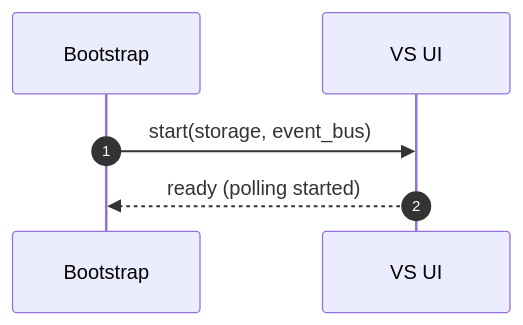
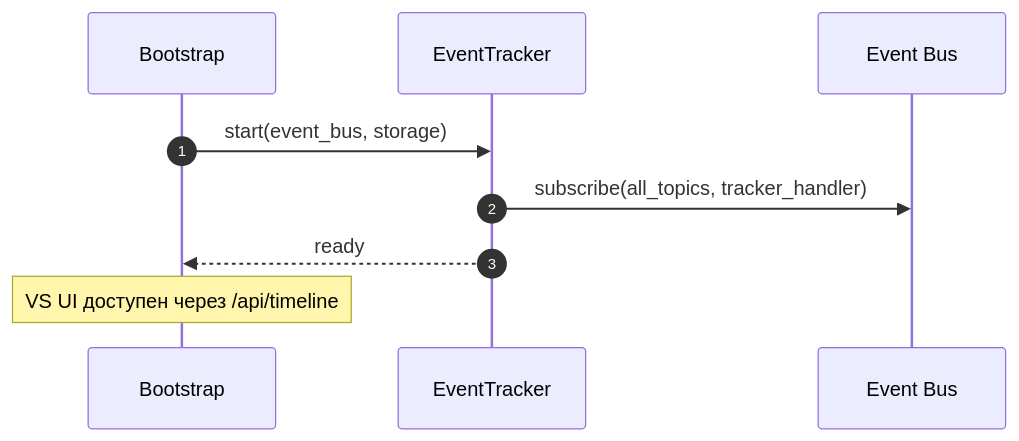
One commit to Dieugene/team-assistant changed diagram 11 of 15 in 00_docs/architecture/runtime_architecture.md. Above: the diagram before and after it, drawn with Mermaid. The commit also changed other lines of this file, not shown here.

First line of the commit message:
Update runtime architecture

````diff
--- a/00_docs/architecture/runtime_architecture.md
+++ b/00_docs/architecture/runtime_architecture.md
@@ -360,9 +463,13 @@
 ```mermaid
 sequenceDiagram
     autonumber
     participant Bootstrap as Bootstrap
-    participant VS as VS UI
+    participant ET as EventTracker
+    participant EB as Event Bus
 
-    Bootstrap->>VS: start(storage, event_bus)
-    VS-->>Bootstrap: ready (polling started)
+    Bootstrap->>ET: start(event_bus, storage)
+    ET->>EB: subscribe(all_topics, tracker_handler)
+    ET-->>Bootstrap: ready
+
+    Note over Bootstrap: VS UI доступен через /api/timeline
 ```
````
